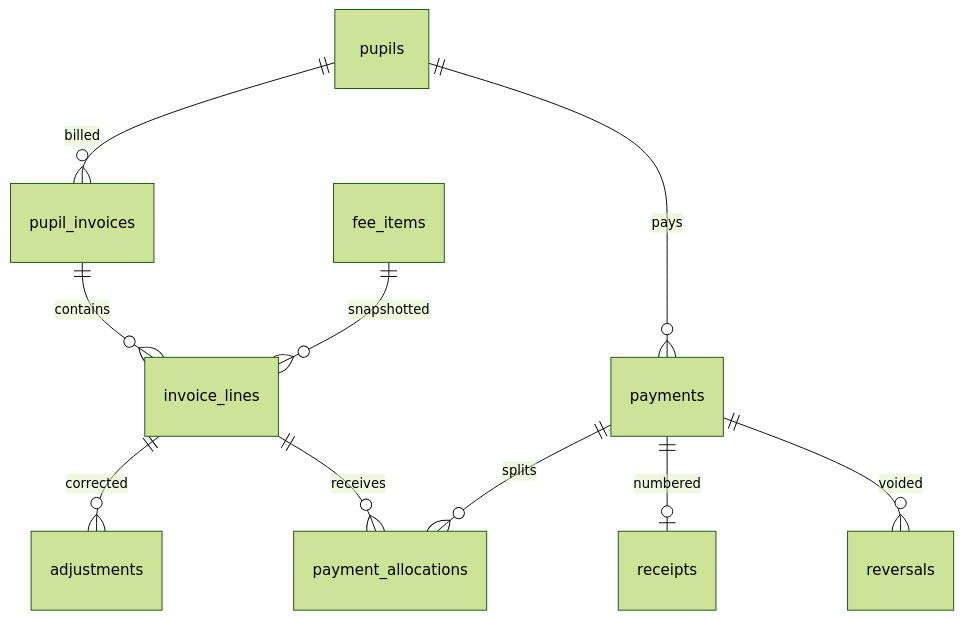
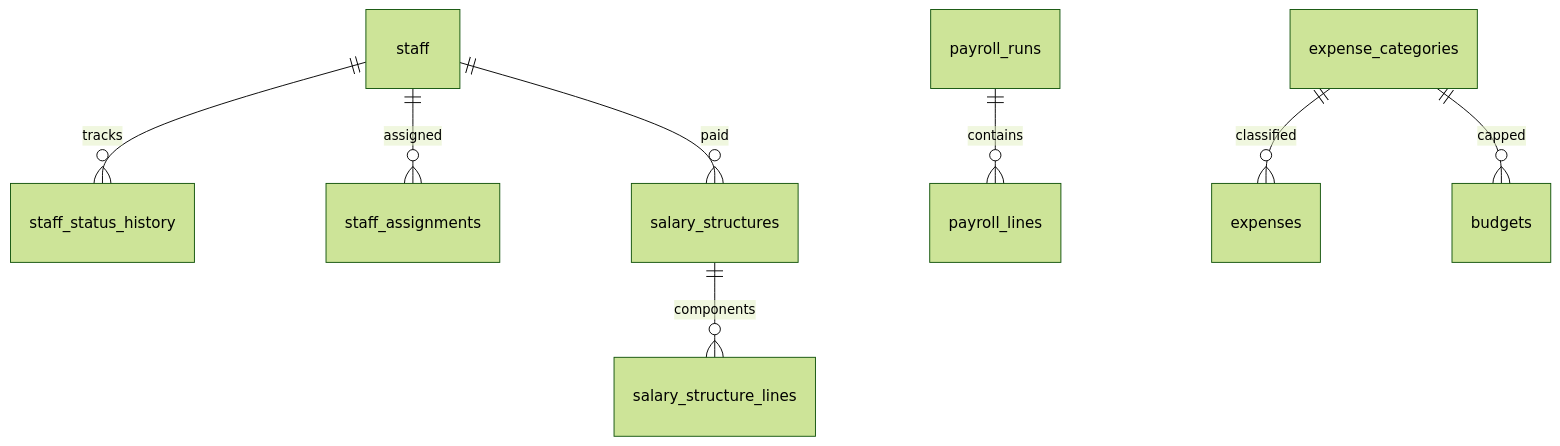
The diagram in docs/DATA_MODEL.md (arrey-johnson/school-management-system), drawn with Mermaid (forest theme) before and after one commit. The commit also changed other lines of this file and 28 other files, not shown here.

Commit message:
feat: add staff HR, payroll runs, and expense workflow

````diff
--- a/docs/DATA_MODEL.md
+++ b/docs/DATA_MODEL.md
@@ -5,12 +5,10 @@
 ```mermaid
 erDiagram
-  pupils ||--o{ pupil_invoices : billed
-  pupil_invoices ||--o{ invoice_lines : contains
-  fee_items ||--o{ invoice_lines : snapshotted
-  invoice_lines ||--o{ adjustments : corrected
-  pupils ||--o{ payments : pays
-  payments ||--o{ payment_allocations : splits
-  invoice_lines ||--o{ payment_allocations : receives
-  payments ||--o| receipts : numbered
-  payments ||--o{ reversals : voided
+  staff ||--o{ staff_status_history : tracks
+  staff ||--o{ staff_assignments : assigned
+  staff ||--o{ salary_structures : paid
+  salary_structures ||--o{ salary_structure_lines : components
+  payroll_runs ||--o{ payroll_lines : contains
+  expense_categories ||--o{ expenses : classified
+  expense_categories ||--o{ budgets : capped
 ```
````
